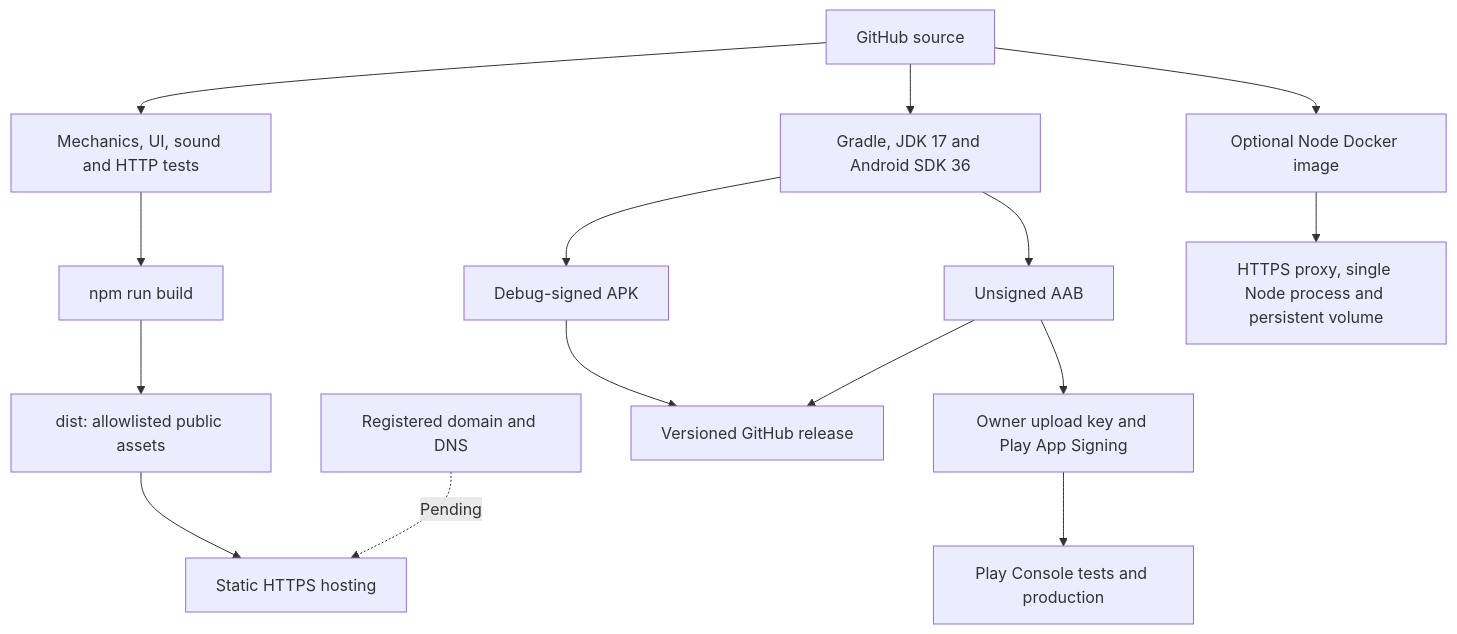
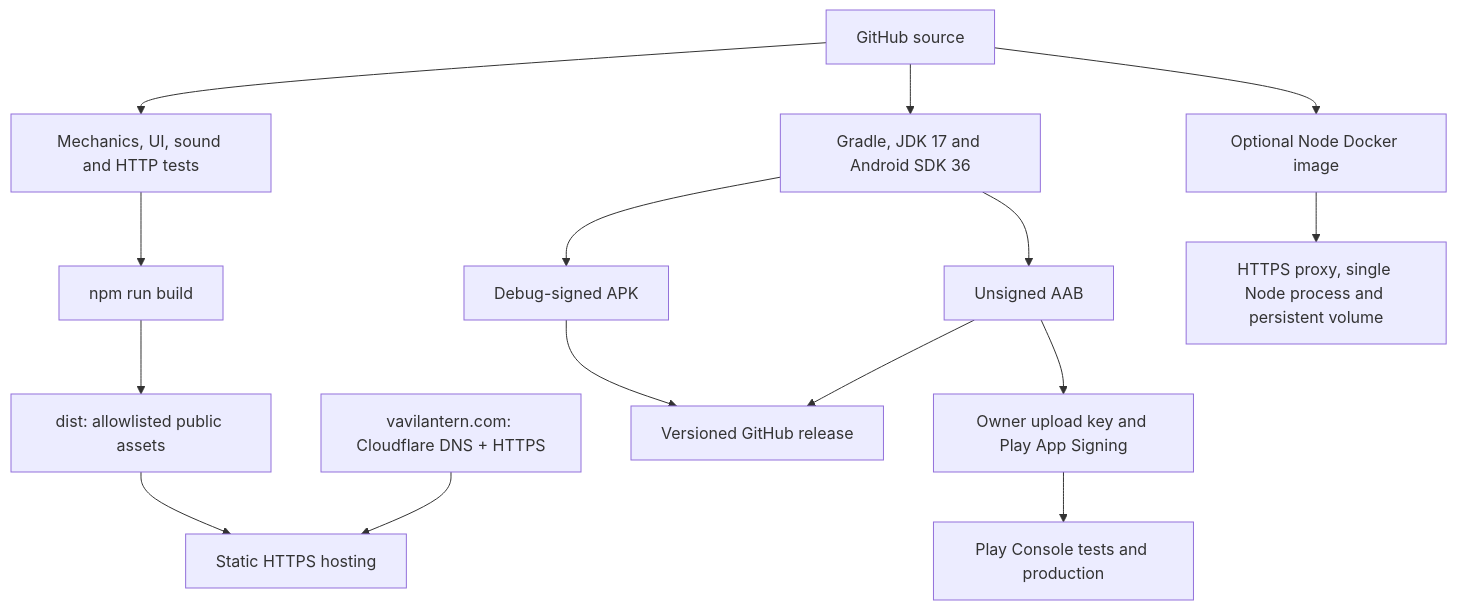
The fifth of 5 diagrams in docs/ARCHITECTURE.md (VaVi-Tech24/VaViLantern), drawn with Mermaid before and after one commit. The commit also changed other lines of this file and 4 other files, not shown here.

````diff
--- a/docs/ARCHITECTURE.md
+++ b/docs/ARCHITECTURE.md
@@ -124,17 +124,17 @@
 ```mermaid
 flowchart TB
   Source[GitHub source] --> Tests[Mechanics, UI, sound and HTTP tests]
   Tests --> WebBuild[npm run build]
   WebBuild --> Dist[dist: allowlisted public assets]
   Dist --> Static[Static HTTPS hosting]
-  DNS[Registered domain and DNS] -. Pending .-> Static
+  DNS[vavilantern.com: Cloudflare DNS + HTTPS] --> Static
   Source --> Gradle[Gradle, JDK 17 and Android SDK 36]
   Gradle --> APK[Debug-signed APK]
   Gradle --> AAB[Unsigned AAB]
   APK --> Releases[Versioned GitHub release]
   AAB --> Releases
   AAB --> Signing[Owner upload key and Play App Signing]
   Signing --> Play[Play Console tests and production]
   Source --> Docker[Optional Node Docker image]
   Docker --> Runtime[HTTPS proxy, single Node process and persistent volume]
 ```
````
